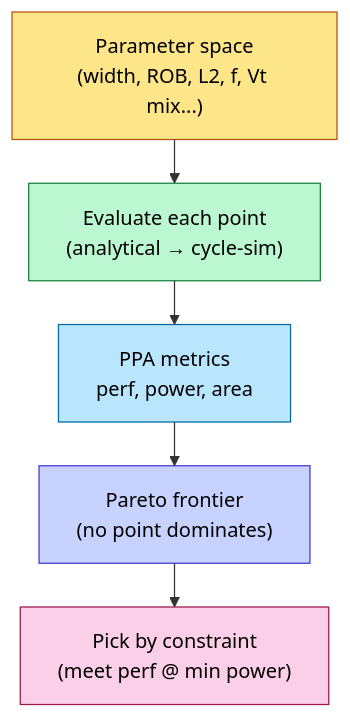
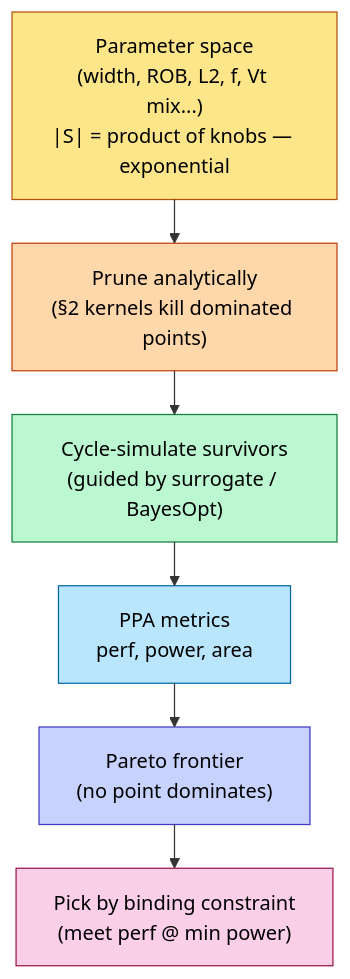
Before and after one commit to Wty2003328/silicon-design-notebook: the diagram in 01_Architecture_and_PPA/01_Performance_Modeling_and_DSE.md, drawn with Mermaid. The commit also changed other lines of this file and 26 other files, not shown here.

Commit message:
Concept-first hard rework checkpoint: Architecture, Fundamentals, Power folders complete (~25 pages reworked)

````diff
--- a/01_Architecture_and_PPA/01_Performance_Modeling_and_DSE.md
+++ b/01_Architecture_and_PPA/01_Performance_Modeling_and_DSE.md
@@ -85,13 +155,15 @@
 ```mermaid
 %%{init: {"flowchart": {"defaultRenderer": "elk", "nodeSpacing": 60, "rankSpacing": 60, "htmlLabels": false}}}%%
 flowchart TD
-    P["Parameter space<br/>(width, ROB, L2, f, Vt mix...)"]:::a --> S["Evaluate each point<br/>(analytical → cycle-sim)"]:::b
-    S --> M["PPA metrics<br/>perf, power, area"]:::c
-    M --> F["Pareto frontier<br/>(no point dominates)"]:::d
-    F --> CH["Pick by constraint<br/>(meet perf @ min power)"]:::e
+    P["Parameter space<br/>(width, ROB, L2, f, Vt mix...)<br/>|S| = product of knobs — exponential"]:::a --> PR["Prune analytically<br/>(§2 kernels kill dominated points)"]:::b
+    PR --> S["Cycle-simulate survivors<br/>(guided by surrogate / BayesOpt)"]:::c
+    S --> M["PPA metrics<br/>perf, power, area"]:::d
+    M --> F["Pareto frontier<br/>(no point dominates)"]:::e
+    F --> CH["Pick by binding constraint<br/>(meet perf @ min power)"]:::f
     classDef a fill:#fde68a,stroke:#b45309,color:#000
-    classDef b fill:#bbf7d0,stroke:#15803d,color:#000
-    classDef c fill:#bae6fd,stroke:#0369a1,color:#000
-    classDef d fill:#c7d2fe,stroke:#4338ca,color:#000
-    classDef e fill:#fbcfe8,stroke:#9d174d,color:#000
+    classDef b fill:#fed7aa,stroke:#c2410c,color:#000
+    classDef c fill:#bbf7d0,stroke:#15803d,color:#000
+    classDef d fill:#bae6fd,stroke:#0369a1,color:#000
+    classDef e fill:#c7d2fe,stroke:#4338ca,color:#000
+    classDef f fill:#fbcfe8,stroke:#9d174d,color:#000
 ```
````
